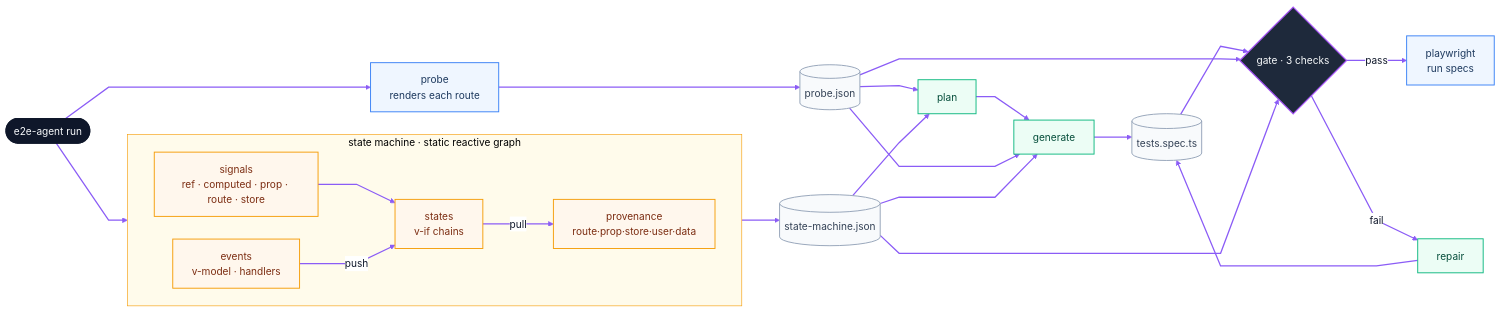
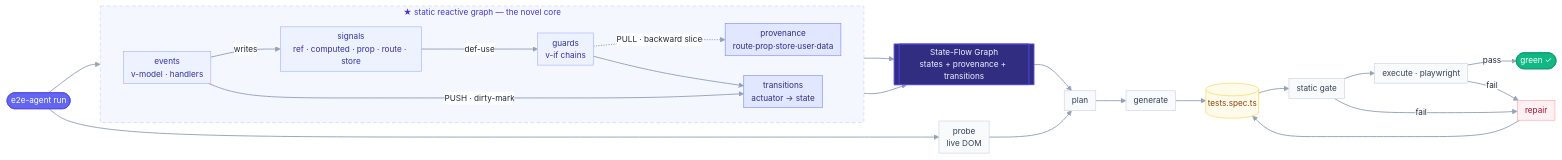
The diagram in README.md (mhdSid/e2e-test-agent), drawn with Mermaid before and after one commit. The commit also changed other lines of this file, not shown here.

Commit message:
README: elegant science-forward mermaid (reactive-graph hero, PULL/PUSH, State-Flow Graph)

````diff
--- a/README.md
+++ b/README.md
@@ -23,48 +25,46 @@
 ```mermaid
-%%{init: {'theme':'base','themeVariables':{'fontFamily':'ui-monospace, SFMono-Regular, monospace','primaryColor':'#eef2ff','primaryTextColor':'#0f172a','primaryBorderColor':'#6366f1','lineColor':'#8b5cf6','edgeLabelBackground':'#ffffff'},'flowchart':{'curve':'linear','nodeSpacing':36,'rankSpacing':60}}}%%
+%%{init: {'theme':'base','themeVariables':{'fontFamily':'ui-monospace, SFMono-Regular, Menlo, monospace','fontSize':'13px','primaryColor':'#eef2ff','primaryTextColor':'#1e293b','primaryBorderColor':'#a5b4fc','lineColor':'#94a3b8','edgeLabelBackground':'#ffffff'},'flowchart':{'curve':'basis','nodeSpacing':26,'rankSpacing':48,'padding':6}}}%%
 flowchart LR
-  CLI([e2e-agent run]):::entry
-  PROBE[probe<br/>renders each route]:::det
-  PJ[(probe.json)]:::art
+  CLI([e2e-agent run]):::start
 
-  subgraph SM["state machine · static reactive graph"]
+  subgraph RG["★ static reactive graph — the novel core"]
     direction LR
-    SIG[signals<br/>ref · computed · prop · route · store]:::core
-    EVT[events<br/>v-model · handlers]:::core
-    ST[states<br/>v-if chains]:::core
-    PRV[provenance<br/>route·prop·store·user·data]:::core
-    SIG --> ST
-    EVT -->|push| ST
-    ST -->|pull| PRV
+    SIG["signals<br/>ref · computed · prop · route · store"]:::sig
+    EVT["events<br/>v-model · handlers"]:::sig
+    G["guards<br/>v-if chains"]:::sig
+    PROV["provenance<br/>route·prop·store·user·data"]:::res
+    TR["transitions<br/>actuator → state"]:::res
+    EVT -->|writes| SIG
+    SIG -->|def-use| G
+    G -. "PULL · backward slice" .-> PROV
+    EVT == "PUSH · dirty-mark" ==> TR
+    G --> TR
   end
-  SJ[(state-machine.json)]:::art
 
-  PLAN[plan]:::ai
-  GEN[generate]:::ai
-  SPEC[(tests.spec.ts)]:::art
-  GATE{gate · 3 checks}:::gate
-  PW[playwright<br/>run specs]:::det
-  REP[repair]:::ai
+  PROBE["probe<br/>live DOM"]:::box
+  SFG[["State-Flow Graph<br/>states + provenance + transitions"]]:::hero
 
-  CLI --> PROBE --> PJ
-  CLI --> SM --> SJ
-  PJ --> PLAN
-  SJ --> PLAN
-  PLAN --> GEN
-  PJ --> GEN
-  SJ --> GEN
-  GEN --> SPEC --> GATE
-  PJ --> GATE
-  SJ --> GATE
-  GATE -->|pass| PW
-  GATE -->|fail| REP --> SPEC
+  CLI --> SIG
+  CLI --> PROBE
+  PROV --> SFG
+  TR --> SFG
+  SFG --> PLAN["plan"]:::box
+  PROBE --> PLAN
+  PLAN --> GEN["generate"]:::box --> SPEC[("tests.spec.ts")]:::art
+  SPEC --> GATE["static gate"]:::box --> EXEC["execute · playwright"]:::box
+  EXEC -->|pass| OK([green ✓]):::ok
+  EXEC -->|fail| FIX["repair"]:::fix
+  GATE -->|fail| FIX
+  FIX --> SPEC
 
-  classDef entry fill:#0f172a,color:#f8fafc,stroke:#0f172a,stroke-width:2px;
-  classDef det fill:#eff6ff,color:#1e3a5f,stroke:#3b82f6,stroke-width:1.5px;
-  classDef core fill:#fff7ed,color:#7c2d12,stroke:#f59e0b,stroke-width:1.5px;
-  classDef ai fill:#ecfdf5,color:#064e3b,stroke:#10b981,stroke-width:1.5px;
-  classDef art fill:#f8fafc,color:#334155,stroke:#94a3b8,stroke-width:1.5px;
-  classDef gate fill:#1e293b,color:#f8fafc,stroke:#a855f7,stroke-width:2px;
-  style SM fill:#fffbeb,stroke:#f59e0b,stroke-width:1px;
-  linkStyle default stroke:#8b5cf6,stroke-width:2px;
+  classDef start fill:#6366f1,color:#ffffff,stroke:#4f46e5;
+  classDef ok fill:#10b981,color:#ffffff,stroke:#059669;
+  classDef box fill:#f8fafc,color:#334155,stroke:#cbd5e1;
+  classDef sig fill:#eef2ff,color:#3730a3,stroke:#a5b4fc;
+  classDef res fill:#e0e7ff,color:#312e81,stroke:#818cf8;
+  classDef hero fill:#312e81,color:#eef2ff,stroke:#4f46e5,stroke-width:1.5px;
+  classDef art fill:#fffbeb,color:#92400e,stroke:#fcd34d;
+  classDef fix fill:#fff1f2,color:#9f1239,stroke:#fda4af;
+  style RG fill:#f5f7ff,stroke:#c7d2fe,stroke-width:1px,stroke-dasharray:6 4,color:#4338ca;
+  linkStyle default stroke:#94a3b8,stroke-width:1.5px;
 ```
````
